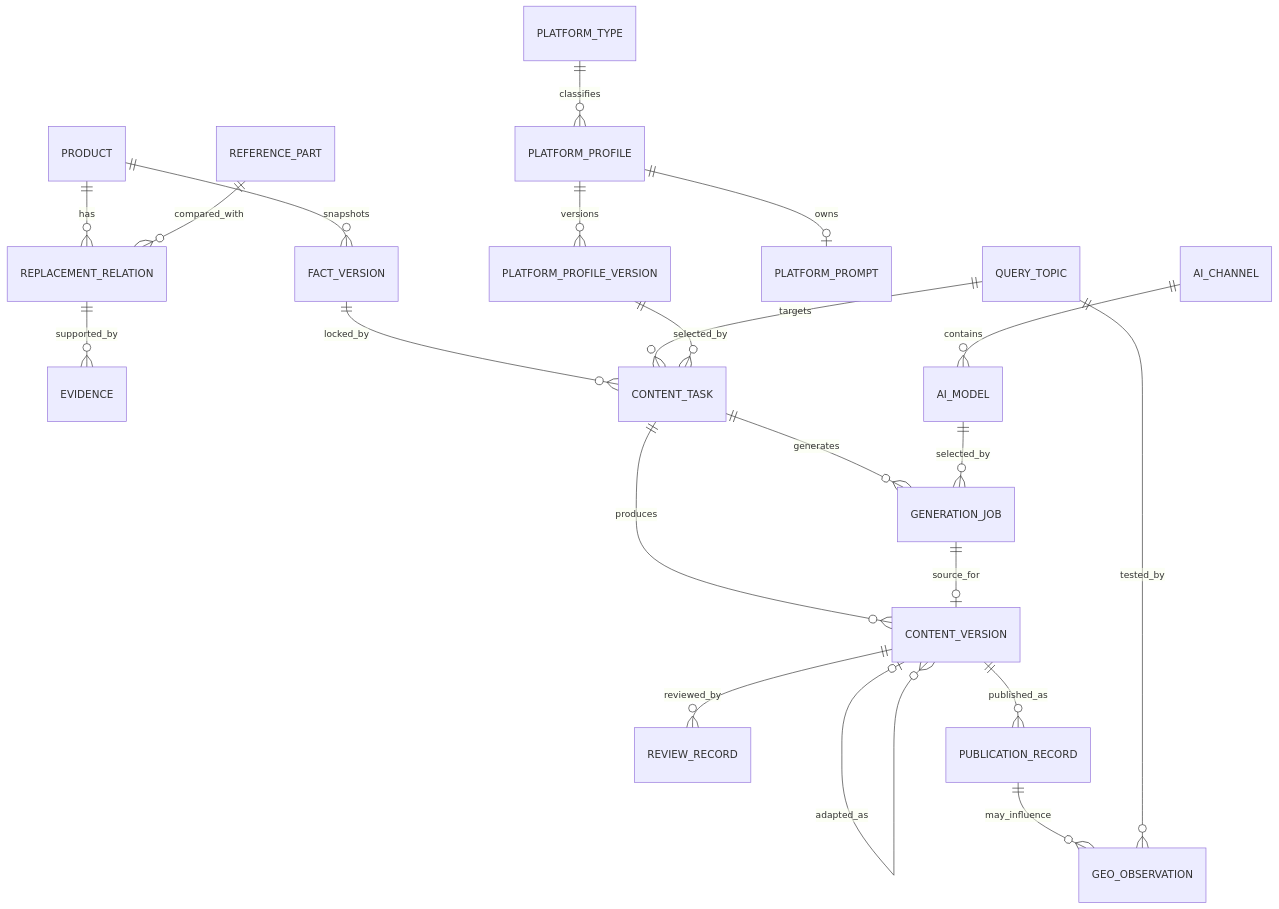
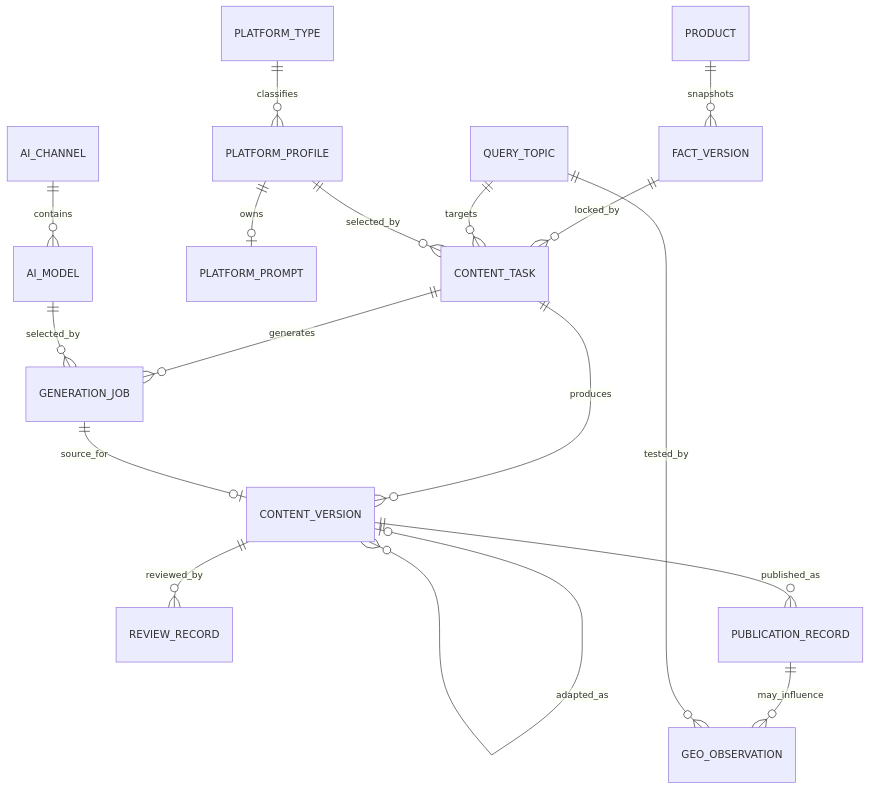
One commit to ccisnoxx/partsignal changed the second of 4 diagrams in docs/GEO多平台内容运营系统方案设计.md. Above: the diagram before and after it, drawn with Mermaid. The commit also changed other lines of this file and 86 other files, not shown here.

````diff
--- a/docs/GEO多平台内容运营系统方案设计.md
+++ b/docs/GEO多平台内容运营系统方案设计.md
@@ -289,23 +289,19 @@
 ```mermaid
 erDiagram
-    PRODUCT ||--o{ REPLACEMENT_RELATION : has
-    REFERENCE_PART ||--o{ REPLACEMENT_RELATION : compared_with
-    REPLACEMENT_RELATION ||--o{ EVIDENCE : supported_by
     PRODUCT ||--o{ FACT_VERSION : snapshots
     FACT_VERSION ||--o{ CONTENT_TASK : locked_by
     QUERY_TOPIC ||--o{ CONTENT_TASK : targets
     PLATFORM_TYPE ||--o{ PLATFORM_PROFILE : classifies
     PLATFORM_PROFILE ||--o| PLATFORM_PROMPT : owns
-    PLATFORM_PROFILE ||--o{ PLATFORM_PROFILE_VERSION : versions
-    PLATFORM_PROFILE_VERSION ||--o{ CONTENT_TASK : selected_by
+    PLATFORM_PROFILE ||--o{ CONTENT_TASK : selected_by
     AI_CHANNEL ||--o{ AI_MODEL : contains
     CONTENT_TASK ||--o{ CONTENT_VERSION : produces
     CONTENT_TASK ||--o{ GENERATION_JOB : generates
     AI_MODEL ||--o{ GENERATION_JOB : selected_by
     GENERATION_JOB ||--o| CONTENT_VERSION : source_for
     CONTENT_VERSION o|--o{ CONTENT_VERSION : adapted_as
     CONTENT_VERSION ||--o{ REVIEW_RECORD : reviewed_by
     CONTENT_VERSION ||--o{ PUBLICATION_RECORD : published_as
     PUBLICATION_RECORD ||--o{ GEO_OBSERVATION : may_influence
     QUERY_TOPIC ||--o{ GEO_OBSERVATION : tested_by
 ```
````
